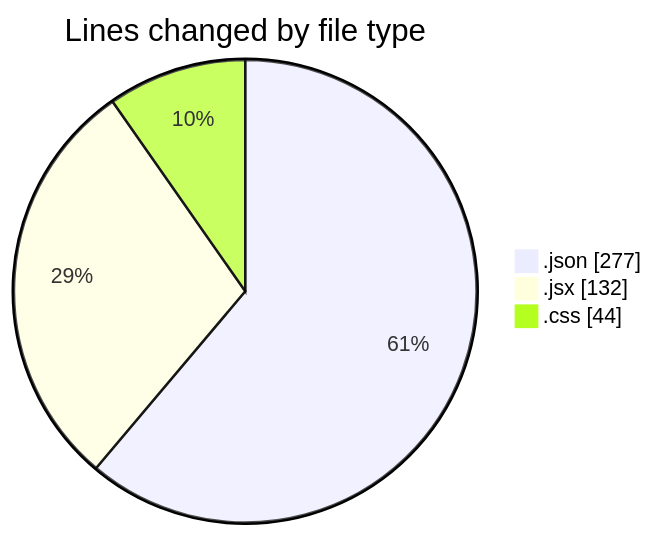
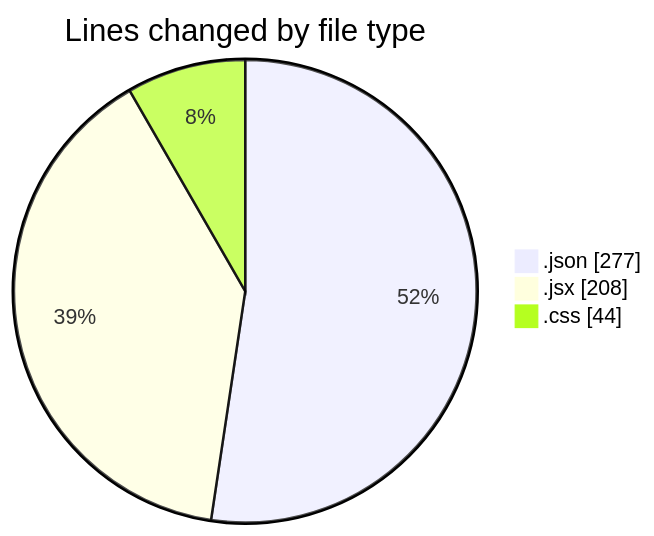
The first of 2 diagrams in 2025-02-11/react_ecom/README.md (Elitesun/code-tracking), drawn with Mermaid before and after one commit. The commit also changed other lines of this file and 1 other file, not shown here.

````diff
--- a/2025-02-11/react_ecom/README.md
+++ b/2025-02-11/react_ecom/README.md
@@ -26,7 +27,7 @@
 ```mermaid
 pie showData
 title Lines changed by file type
 ".json" : 277
-".jsx" : 132
+".jsx" : 208
 ".css" : 44
 ```
````
